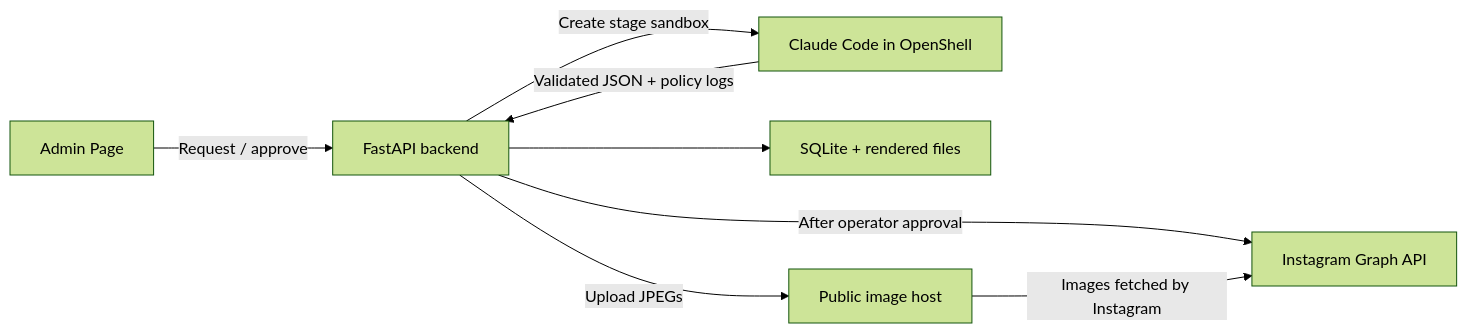
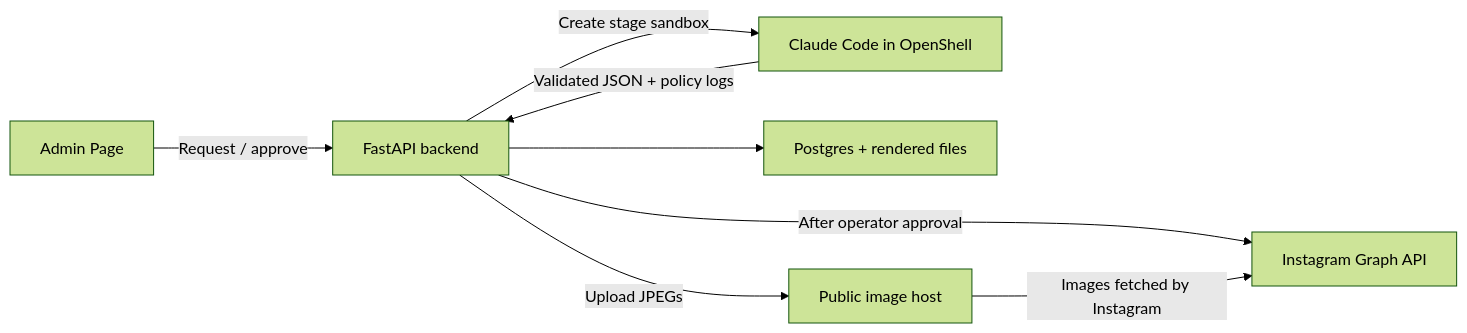
Before and after one commit to juyoungml/nemo-k-cards: the diagram in README.en.md, drawn with Mermaid (forest theme). The commit also changed other lines of this file and 5 other files, not shown here.

````diff
--- a/README.en.md
+++ b/README.en.md
@@ -98,10 +99,10 @@
 ```mermaid
 flowchart LR
     admin["Admin Page"] -->|"Request / approve"| backend["FastAPI backend"]
     backend -->|"Create stage sandbox"| agent["Claude Code in OpenShell"]
     agent -->|"Validated JSON + policy logs"| backend
-    backend --> store["SQLite + rendered files"]
+    backend --> store["Postgres + rendered files"]
     backend -->|"After operator approval"| instagram["Instagram Graph API"]
     backend -->|"Upload JPEGs"| images["Public image host"]
     images -->|"Images fetched by Instagram"| instagram
 ```
````
